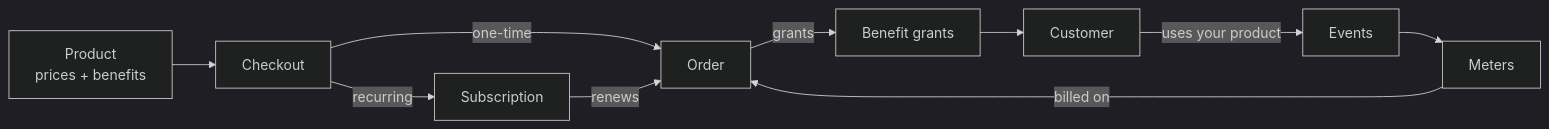
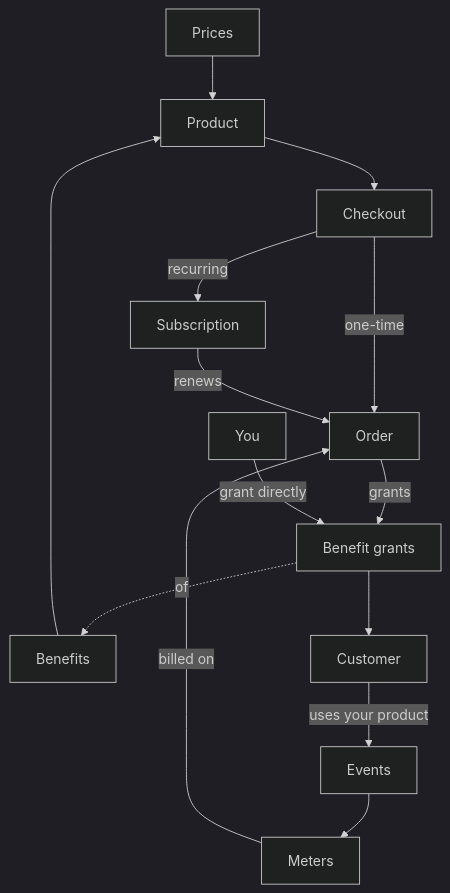
The diagram in docs/concepts/overview.mdx (polarsource/polar), drawn with Mermaid (dark theme) before and after one commit. The commit also changed other lines of this file and 20 other files, not shown here.

````diff
--- a/docs/concepts/overview.mdx
+++ b/docs/concepts/overview.mdx
@@ -11,12 +11,16 @@
 ```mermaid actions={true}
-flowchart LR
-  P["Product<br/>prices + benefits"] --> CO[Checkout]
+flowchart TD
+  PR[Prices] --> P[Product]
+  B[Benefits] --> P
+  P --> CO[Checkout]
   CO -->|one-time| O[Order]
   CO -->|recurring| S[Subscription]
   S -->|renews| O
   O -->|grants| G[Benefit grants]
+  Y[You] -->|grant directly| G
+  G -.->|of| B
   G --> C[Customer]
   C -->|uses your product| E[Events]
   E --> M[Meters]
   M -->|billed on| O
 ```
````
